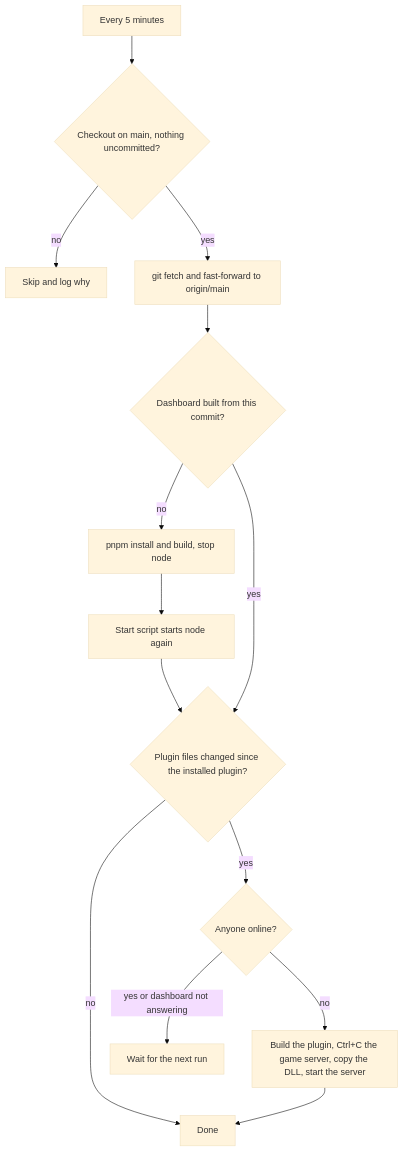
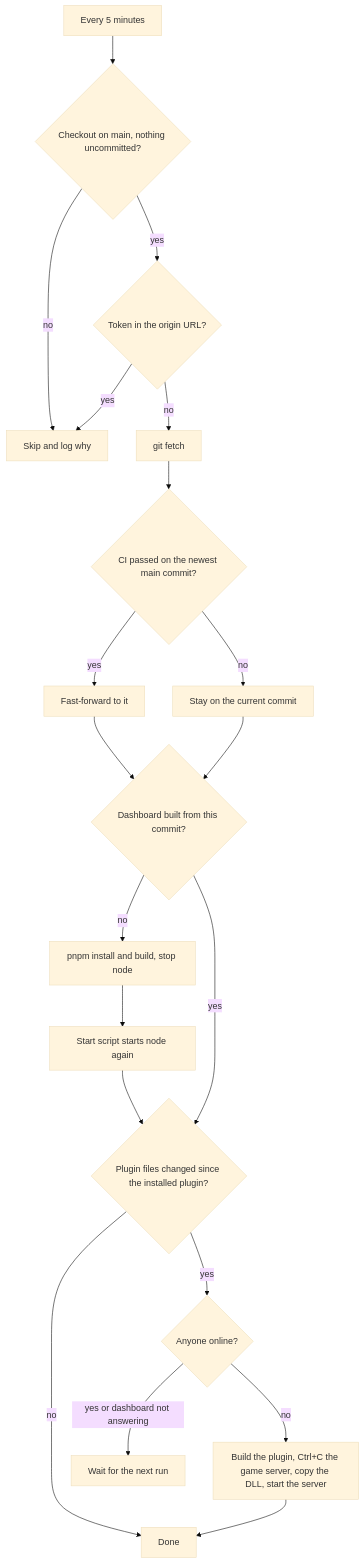
The eighth of 9 diagrams in docs/architecture.md (cristiadu/valheim-dashboard), drawn with Mermaid (base theme) before and after one commit. The commit also changed other lines of this file and 7 other files, not shown here.

````diff
--- a/docs/architecture.md
+++ b/docs/architecture.md
@@ -166,15 +166,21 @@
 ```mermaid
 flowchart TD
   run[Every 5 minutes] --> branch{Checkout on main, nothing uncommitted?}
   branch -->|no| skip[Skip and log why]
-  branch -->|yes| pull[git fetch and fast-forward to origin/main]
+  branch -->|yes| url{Token in the origin URL?}
+  url -->|yes| skip
+  url -->|no| fetch[git fetch]
+  fetch --> ci{CI passed on the newest main commit?}
+  ci -->|yes| pull[Fast-forward to it]
+  ci -->|no| stay[Stay on the current commit]
   pull --> dash{Dashboard built from this commit?}
+  stay --> dash
   dash -->|no| build[pnpm install and build, stop node] --> loop[Start script starts node again]
   dash -->|yes| plugin
   loop --> plugin{Plugin files changed since the installed plugin?}
   plugin -->|no| done[Done]
   plugin -->|yes| online{Anyone online?}
   online -->|yes or dashboard not answering| wait[Wait for the next run]
   online -->|no| stop[Build the plugin, Ctrl+C the game server, copy the DLL, start the server]
   stop --> done
 ```
````
